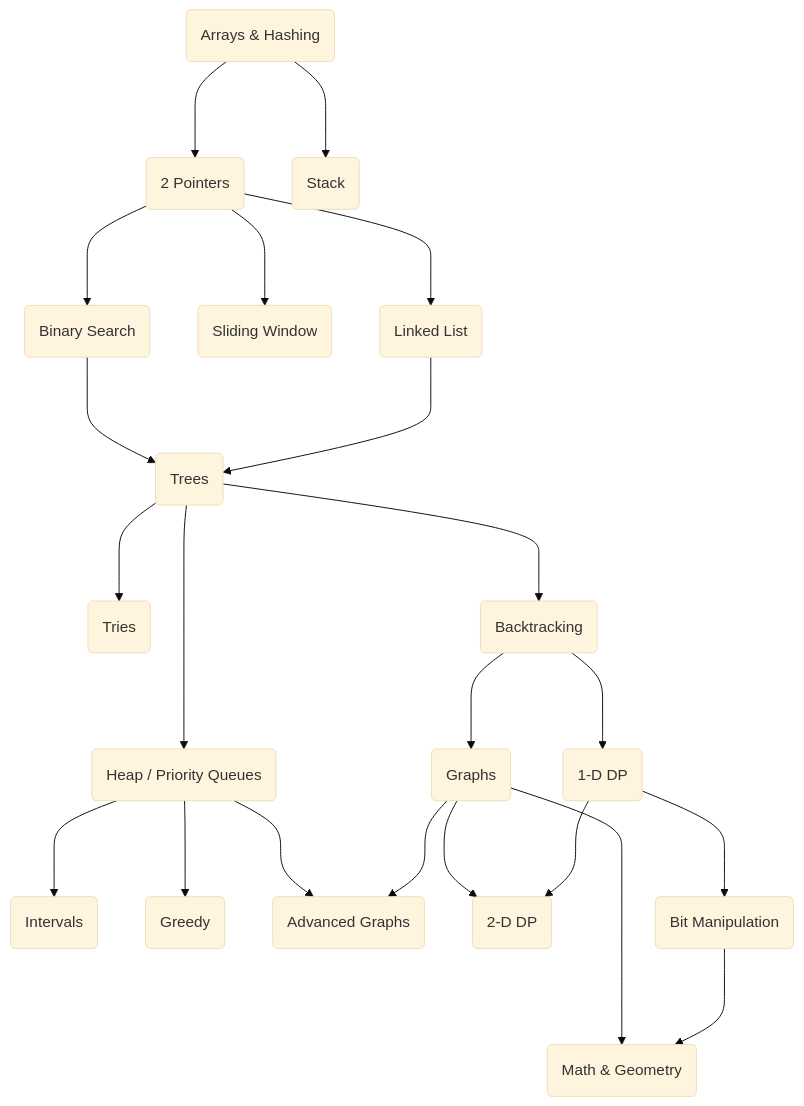
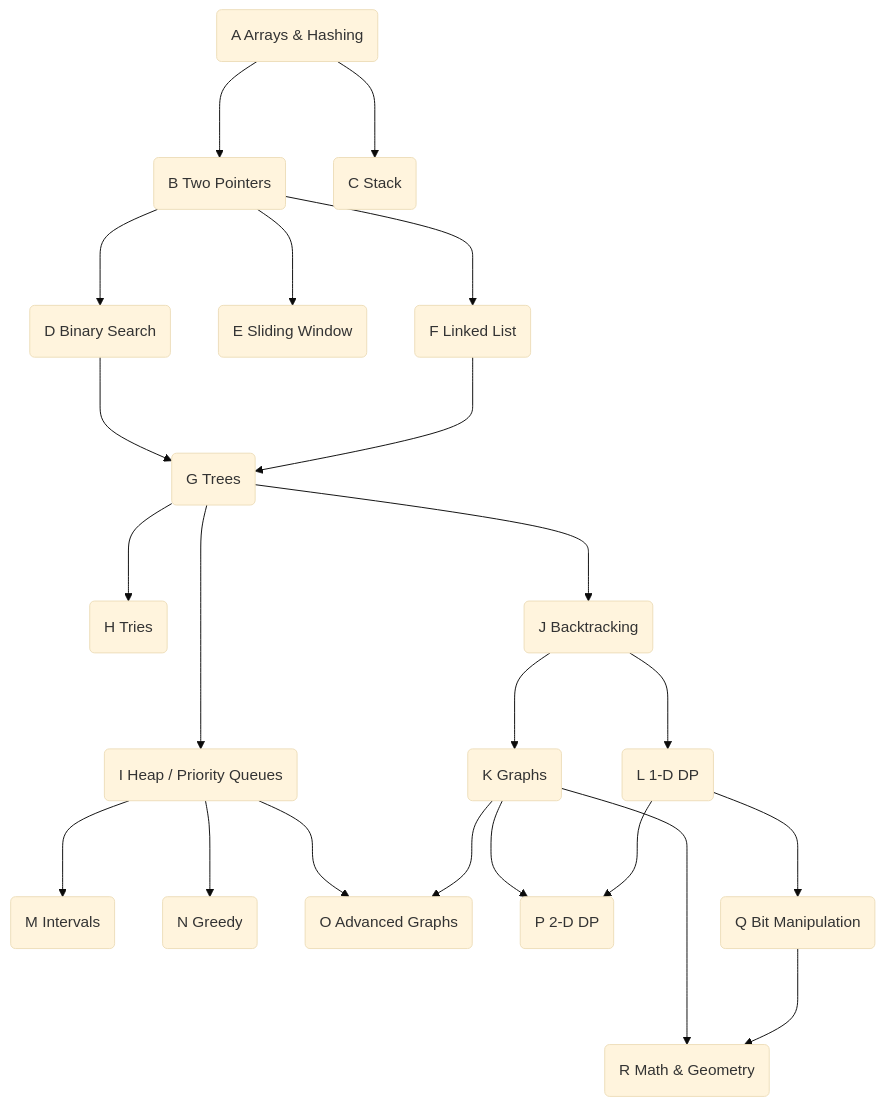
One commit to brpandey/leetcode-notes changed the diagram in patterns.md. Above: the diagram before and after it, drawn with Mermaid (base theme). The commit also changed other lines of this file, not shown here.

````diff
--- a/patterns.md
+++ b/patterns.md
@@ -1,22 +1,22 @@
 ```mermaid
 
 flowchart TD
-  id1(Arrays & Hashing) ---> id2 & id3
-  id2(2 Pointers) ---> id4 & id5 & id6
-  id3(Stack)
-  id4(Binary Search) ---> id7
-  id5(Sliding Window)
-  id6(Linked List) ---> id7
-  id7(Trees) ---> id8 & id9 & id10
-  id8(Tries)
-  id9(Heap / Priority Queues) ---> id13 & id14 & id15
-  id10(Backtracking) ---> id11 & id12
-  id11(Graphs) ---> id15 & id16 & id18
-  id12(1-D DP) ---> id16 & id17
-  id13(Intervals)
-  id14(Greedy)
-  id15(Advanced Graphs)
-  id16(2-D DP)
-  id17(Bit Manipulation) ---> id18
-  id18(Math & Geometry)
+  id1(A Arrays & Hashing) ---> id2 & id3
+  id2(B Two Pointers) ---> id4 & id5 & id6
+  id3(C Stack)
+  id4(D Binary Search) ---> id7
+  id5(E Sliding Window)
+  id6(F Linked List) ---> id7
+  id7(G Trees) ---> id8 & id9 & id10
+  id8(H Tries)
+  id9(I Heap / Priority Queues) ---> id13 & id14 & id15
+  id10(J Backtracking) ---> id11 & id12
+  id11(K Graphs) ---> id15 & id16 & id18
+  id12(L 1-D DP) ---> id16 & id17
+  id13(M Intervals)
+  id14(N Greedy)
+  id15(O Advanced Graphs)
+  id16(P 2-D DP)
+  id17(Q Bit Manipulation) ---> id18
+  id18(R Math & Geometry)
 ```
````
